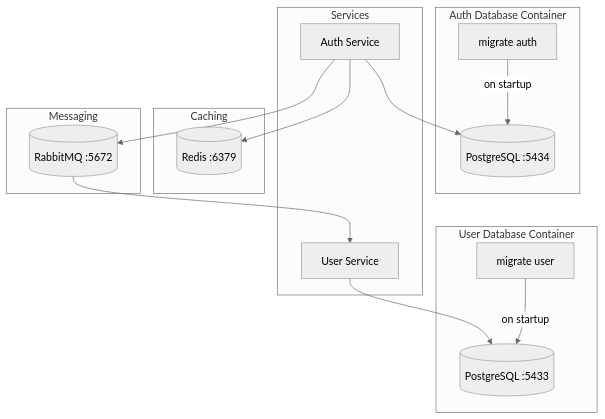
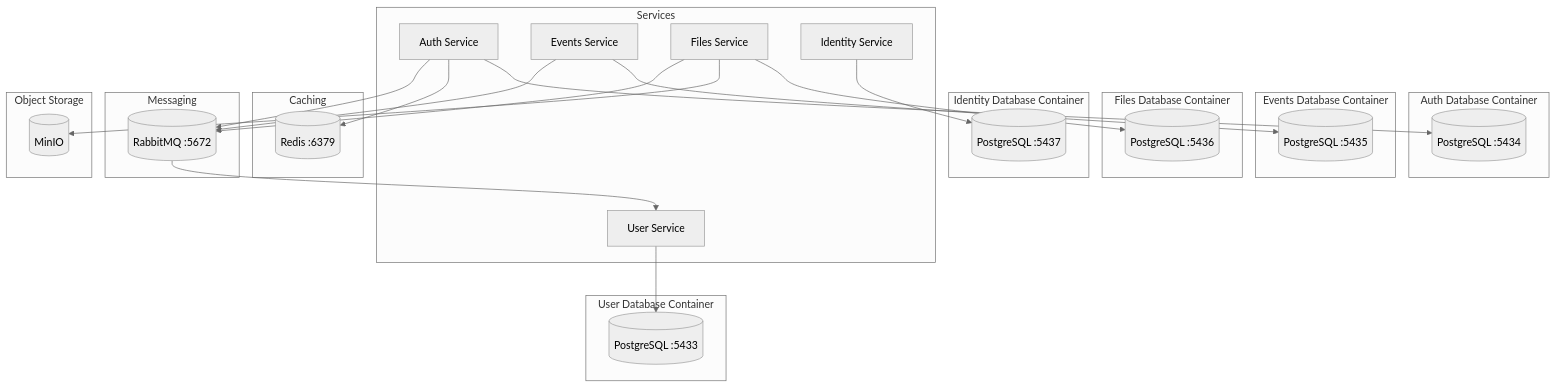
One commit to Nechja/hellArch changed the first of 2 diagrams in docs/architecture/data-storage.md. Above: the diagram before and after it, drawn with Mermaid (neutral theme). The commit also changed other lines of this file and 34 other files, not shown here.

````diff
--- a/docs/architecture/data-storage.md
+++ b/docs/architecture/data-storage.md
@@ -7,33 +7,54 @@
 ```mermaid
 graph TB
     subgraph Auth Database Container
         AUTH_PG[(PostgreSQL :5434)]
-        AUTH_MIG[migrate auth]
     end
 
     subgraph User Database Container
         USER_PG[(PostgreSQL :5433)]
-        USER_MIG[migrate user]
+    end
+
+    subgraph Events Database Container
+        EVENTS_PG[(PostgreSQL :5435)]
+    end
+
+    subgraph Files Database Container
+        FILES_PG[(PostgreSQL :5436)]
+    end
+
+    subgraph Identity Database Container
+        IDENTITY_PG[(PostgreSQL :5437)]
     end
 
     subgraph Services
         AUTH[Auth Service]
         USER[User Service]
+        EVENTS[Events Service]
+        FILES[Files Service]
+        IDENTITY[Identity Service]
     end
 
     subgraph Caching
         REDIS[(Redis :6379)]
     end
 
     subgraph Messaging
         RABBIT[(RabbitMQ :5672)]
     end
 
-    AUTH_MIG -->|on startup| AUTH_PG
-    USER_MIG -->|on startup| USER_PG
+    subgraph Object Storage
+        MINIO[(MinIO)]
+    end
+
     AUTH --> AUTH_PG
     AUTH --> REDIS
     AUTH --> RABBIT
     USER --> USER_PG
+    EVENTS --> EVENTS_PG
+    EVENTS --> RABBIT
+    FILES --> FILES_PG
+    FILES --> MINIO
+    FILES --> RABBIT
+    IDENTITY --> IDENTITY_PG
     RABBIT --> USER
 ```
````
